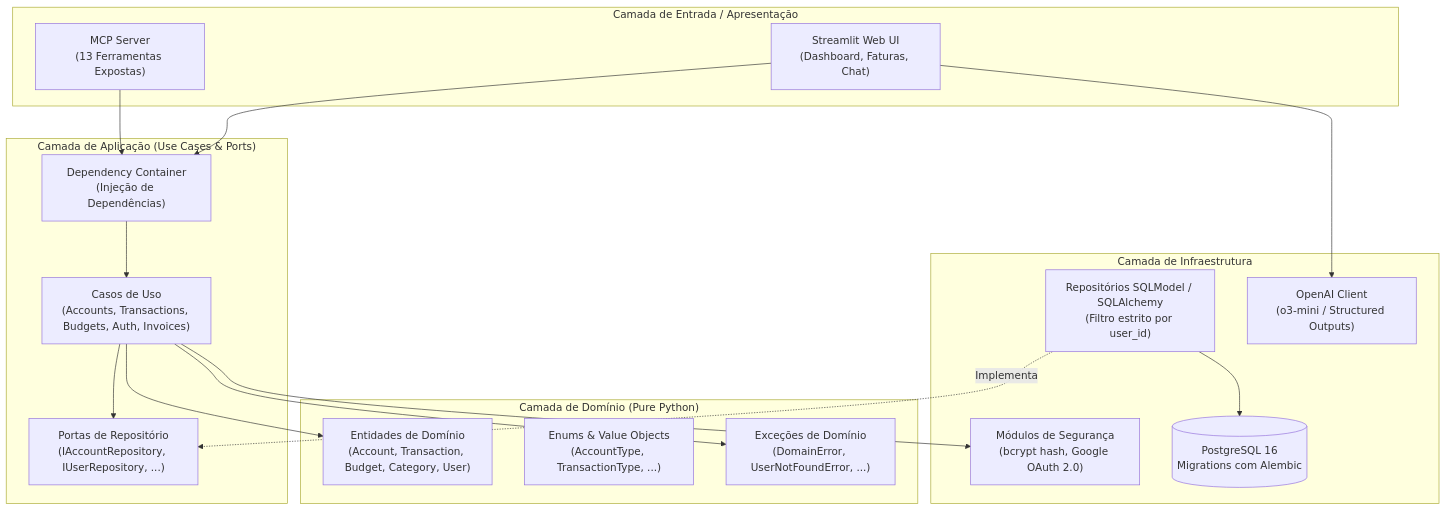
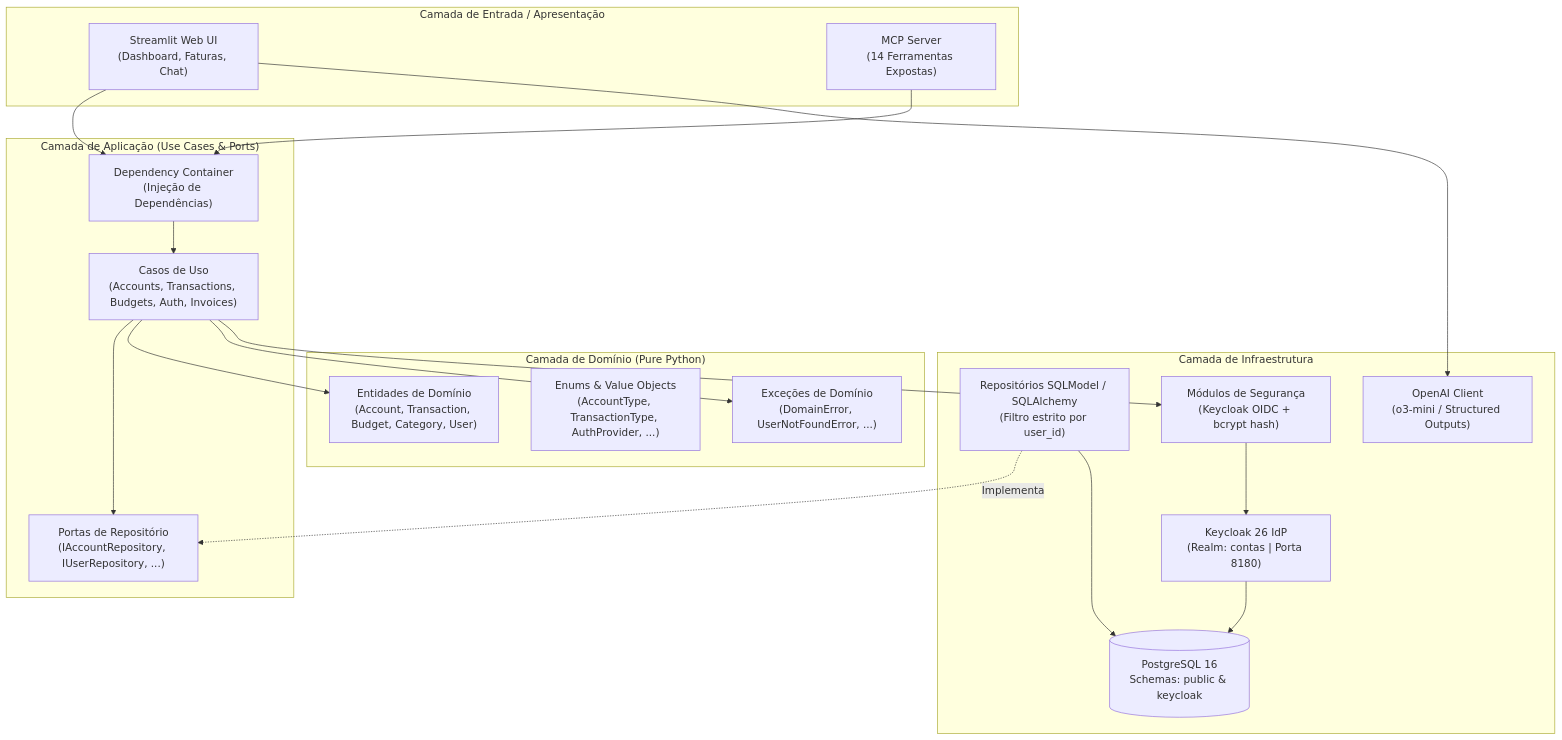
Before and after one commit to castrocristiano/contas: the first of 2 diagrams in README.md, drawn with Mermaid. The commit also changed other lines of this file and 12 other files, not shown here.

````diff
--- a/README.md
+++ b/README.md
@@ -52,37 +54,40 @@
 ```mermaid
 flowchart TD
     subgraph UI_MCP["Camada de Entrada / Apresentação"]
         StreamlitApp["Streamlit Web UI<br>(Dashboard, Faturas, Chat)"]
-        MCPServer["MCP Server<br>(13 Ferramentas Expostas)"]
+        MCPServer["MCP Server<br>(14 Ferramentas Expostas)"]
     end
 
     subgraph Application["Camada de Aplicação (Use Cases & Ports)"]
         UseCases["Casos de Uso<br>(Accounts, Transactions, Budgets, Auth, Invoices)"]
         Ports["Portas de Repositório<br>(IAccountRepository, IUserRepository, ...)"]
         Container["Dependency Container<br>(Injeção de Dependências)"]
     end
 
     subgraph Domain["Camada de Domínio (Pure Python)"]
         Entities["Entidades de Domínio<br>(Account, Transaction, Budget, Category, User)"]
-        Enums["Enums & Value Objects<br>(AccountType, TransactionType, ...)"]
+        Enums["Enums & Value Objects<br>(AccountType, TransactionType, AuthProvider, ...)"]
         Errors["Exceções de Domínio<br>(DomainError, UserNotFoundError, ...)"]
     end
 
     subgraph Infrastructure["Camada de Infraestrutura"]
         SQLAlchemyRepos["Repositórios SQLModel / SQLAlchemy<br>(Filtro estrito por user_id)"]
-        Security["Módulos de Segurança<br>(bcrypt hash, Google OAuth 2.0)"]
-        PostgresDB[(PostgreSQL 16<br>Migrations com Alembic)]
+        Security["Módulos de Segurança<br>(Keycloak OIDC + bcrypt hash)"]
+        PostgresDB[(PostgreSQL 16<br>Schemas: public & keycloak)]
+        KeycloakIdP["Keycloak 26 IdP<br>(Realm: contas | Porta 8180)"]
         OpenAIClient["OpenAI Client<br>(o3-mini / Structured Outputs)"]
     end
 
     StreamlitApp --> Container
     MCPServer --> Container
     Container --> UseCases
     UseCases --> Ports
     UseCases --> Entities
     UseCases --> Errors
     SQLAlchemyRepos -.->|Implementa| Ports
     SQLAlchemyRepos --> PostgresDB
     UseCases --> Security
+    Security --> KeycloakIdP
+    KeycloakIdP --> PostgresDB
     StreamlitApp --> OpenAIClient
 ```
````
